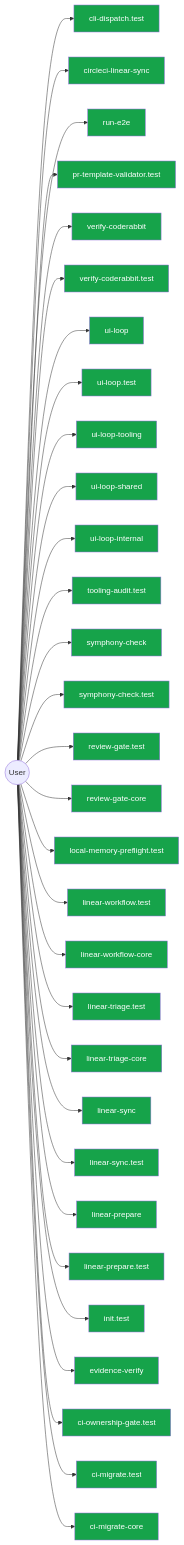
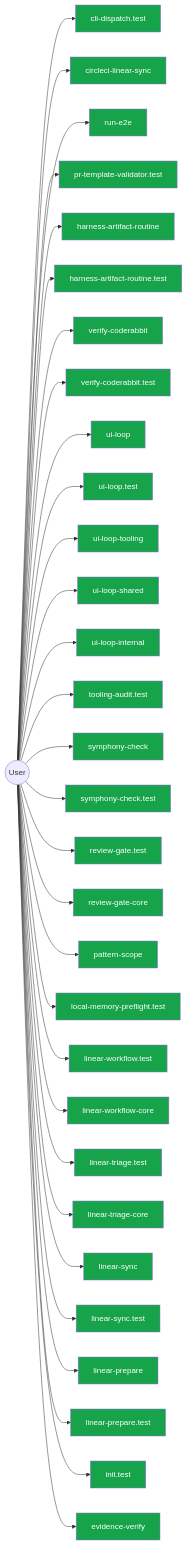
Diagram 14 of 14 in AI/context/diagram-context.md (jscraik/coding-harness), drawn with Mermaid before and after one commit. The commit also changed other lines of this file and 60 other files, not shown here.

First line of the commit message:
Add harness assurance artifact routine (#262)

````diff
--- a/AI/context/diagram-context.md
+++ b/AI/context/diagram-context.md
@@ -1992,67 +2011,67 @@
 ```mermaid
 flowchart LR
   User(("User"))
   cli_dispatch_test_54c9f17b["cli-dispatch.test"]
   User --> cli_dispatch_test_54c9f17b
   circleci_linear_sync_19c0d6da["circleci-linear-sync"]
   User --> circleci_linear_sync_19c0d6da
   run_e2e_39efe696["run-e2e"]
   User --> run_e2e_39efe696
   pr_template_validator_test_569b1cef["pr-template-validator.test"]
   User --> pr_template_validator_test_569b1cef
+  harness_artifact_routine_17afacff["harness-artifact-routine"]
+  User --> harness_artifact_routine_17afacff
+  harness_artifact_routine_test_299f387d["harness-artifact-routine.test"]
+  User --> harness_artifact_routine_test_299f387d
   verify_coderabbit_490b4e71["verify-coderabbit"]
   User --> verify_coderabbit_490b4e71
   verify_coderabbit_test_46cfcf29["verify-coderabbit.test"]
   User --> verify_coderabbit_test_46cfcf29
   ui_loop_11660889["ui-loop"]
   User --> ui_loop_11660889
   ui_loop_test_f0eabc42["ui-loop.test"]
   User --> ui_loop_test_f0eabc42
   ui_loop_tooling_12b2d2c7["ui-loop-tooling"]
   User --> ui_loop_tooling_12b2d2c7
   ui_loop_shared_8c83b841["ui-loop-shared"]
   User --> ui_loop_shared_8c83b841
   ui_loop_internal_f2eb8892["ui-loop-internal"]
   User --> ui_loop_internal_f2eb8892
   tooling_audit_test_d2aee28c["tooling-audit.test"]
   User --> tooling_audit_test_d2aee28c
   symphony_check_e97f2ea0["symphony-check"]
   User --> symphony_check_e97f2ea0
   symphony_check_test_6cb33eb2["symphony-check.test"]
   User --> symphony_check_test_6cb33eb2
   review_gate_test_000e2ed6["review-gate.test"]
   User --> review_gate_test_000e2ed6
   review_gate_core_4c8001f9["review-gate-core"]
   User --> review_gate_core_4c8001f9
+  pattern_scope_61ff946d["pattern-scope"]
+  User --> pattern_scope_61ff946d
   local_memory_preflight_test_5e323bbf["local-memory-preflight.test"]
   User --> local_memory_preflight_test_5e323bbf
   linear_workflow_test_a351dcb0["linear-workflow.test"]
   User --> linear_workflow_test_a351dcb0
   linear_workflow_core_0e19cff4["linear-workflow-core"]
   User --> linear_workflow_core_0e19cff4
   linear_triage_test_1b75a8b8["linear-triage.test"]
   User --> linear_triage_test_1b75a8b8
   linear_triage_core_7cbca73e["linear-triage-core"]
   User --> linear_triage_core_7cbca73e
   linear_sync_a2fa2bf7["linear-sync"]
   User --> linear_sync_a2fa2bf7
   linear_sync_test_da1e1eab["linear-sync.test"]
   User --> linear_sync_test_da1e1eab
   linear_prepare_0c613ba6["linear-prepare"]
   User --> linear_prepare_0c613ba6
   linear_prepare_test_678f11a9["linear-prepare.test"]
   User --> linear_prepare_test_678f11a9
   init_test_cbba76a6["init.test"]
   User --> init_test_cbba76a6
   evidence_verify_3b73c290["evidence-verify"]
   User --> evidence_verify_3b73c290
-  ci_ownership_gate_test_7b1c196d["ci-ownership-gate.test"]
-  User --> ci_ownership_gate_test_7b1c196d
-  ci_migrate_test_2a015bb9["ci-migrate.test"]
-  User --> ci_migrate_test_2a015bb9
-  ci_migrate_core_7005b5af["ci-migrate-core"]
-  User --> ci_migrate_core_7005b5af
   classDef userNode fill:#16a34a,color:#fff
-  class cli_dispatch_test_54c9f17b,circleci_linear_sync_19c0d6da,run_e2e_39efe696,pr_template_validator_test_569b1cef,verify_coderabbit_490b4e71,verify_coderabbit_test_46cfcf29,ui_loop_11660889,ui_loop_test_f0eabc42,ui_loop_tooling_12b2d2c7,ui_loop_shared_8c83b841,ui_loop_internal_f2eb8892,tooling_audit_test_d2aee28c,symphony_check_e97f2ea0,symphony_check_test_6cb33eb2,review_gate_test_000e2ed6,review_gate_core_4c8001f9,local_memory_preflight_test_5e323bbf,linear_workflow_test_a351dcb0,linear_workflow_core_0e19cff4,linear_triage_test_1b75a8b8,linear_triage_core_7cbca73e,linear_sync_a2fa2bf7,linear_sync_test_da1e1eab,linear_prepare_0c613ba6,linear_prepare_test_678f11a9,init_test_cbba76a6,evidence_verify_3b73c290,ci_ownership_gate_test_7b1c196d,ci_migrate_test_2a015bb9,ci_migrate_core_7005b5af userNode
+  class cli_dispatch_test_54c9f17b,circleci_linear_sync_19c0d6da,run_e2e_39efe696,pr_template_validator_test_569b1cef,harness_artifact_routine_17afacff,harness_artifact_routine_test_299f387d,verify_coderabbit_490b4e71,verify_coderabbit_test_46cfcf29,ui_loop_11660889,ui_loop_test_f0eabc42,ui_loop_tooling_12b2d2c7,ui_loop_shared_8c83b841,ui_loop_internal_f2eb8892,tooling_audit_test_d2aee28c,symphony_check_e97f2ea0,symphony_check_test_6cb33eb2,review_gate_test_000e2ed6,review_gate_core_4c8001f9,pattern_scope_61ff946d,local_memory_preflight_test_5e323bbf,linear_workflow_test_a351dcb0,linear_workflow_core_0e19cff4,linear_triage_test_1b75a8b8,linear_triage_core_7cbca73e,linear_sync_a2fa2bf7,linear_sync_test_da1e1eab,linear_prepare_0c613ba6,linear_prepare_test_678f11a9,init_test_cbba76a6,evidence_verify_3b73c290 userNode
 
 ```
````
